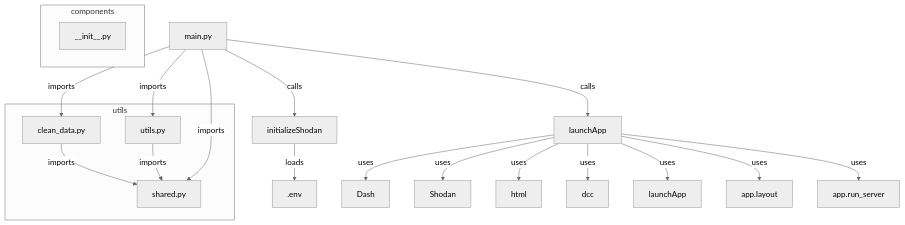
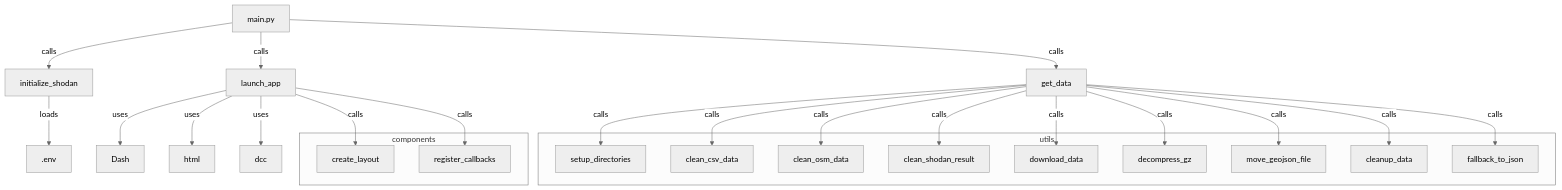
Before and after one commit to Secr3ts/Projet_Shodan: the diagram in README.md, drawn with Mermaid (neutral theme). The commit also changed 1 other file, not shown here.

Commit message:
main - final touches

````diff
--- a/README.md
+++ b/README.md
@@ -82,26 +82,36 @@
 ```mermaid
 graph TD
-    A[main.py] -->|calls| B[initializeShodan]
-    A -->|calls| C[launchApp]
-    B -->|loads| D[.env]
-    C -->|uses| E[Dash]
-    C -->|uses| F[Shodan]
-    C -->|uses| G[html]
-    C -->|uses| H[dcc]
-    C -->|uses| I[launchApp]
-    C -->|uses| J[app.layout]
-    C -->|uses| K[app.run_server]
+    A[main.py] -->|calls| B[initialize_shodan]
+    A -->|calls| C[launch_app]
+    A -->|calls| D[get_data]
+    B -->|loads| E[.env]
+    D -->|calls| F[setup_directories]
+    D -->|calls| G[clean_csv_data]
+    D -->|calls| H[clean_osm_data]
+    D -->|calls| I[clean_shodan_result]
+    D -->|calls| J[download_data]
+    D -->|calls| K[decompress_gz]
+    D -->|calls| L[move_geojson_file]
+    D -->|calls| M[cleanup_data]
+    D -->|calls| N[fallback_to_json]
+    C -->|uses| O[Dash]
+    C -->|uses| P[html]
+    C -->|uses| Q[dcc]
+    C -->|calls| R[create_layout]
+    C -->|calls| S[register_callbacks]
     subgraph utils
-        L[clean_data.py]
-        M[utils.py]
-        N[shared.py]
+        F[setup_directories]
+        G[clean_csv_data]
+        H[clean_osm_data]
+        I[clean_shodan_result]
+        J[download_data]
+        K[decompress_gz]
+        L[move_geojson_file]
+        M[cleanup_data]
+        N[fallback_to_json]
     end
-    L -->|imports| N
-    M -->|imports| N
-    A -->|imports| L
-    A -->|imports| M
-    A -->|imports| N
     subgraph components
-        O[__init__.py]
+        S[register_callbacks]
+        R[create_layout]
     end
 ```
````
